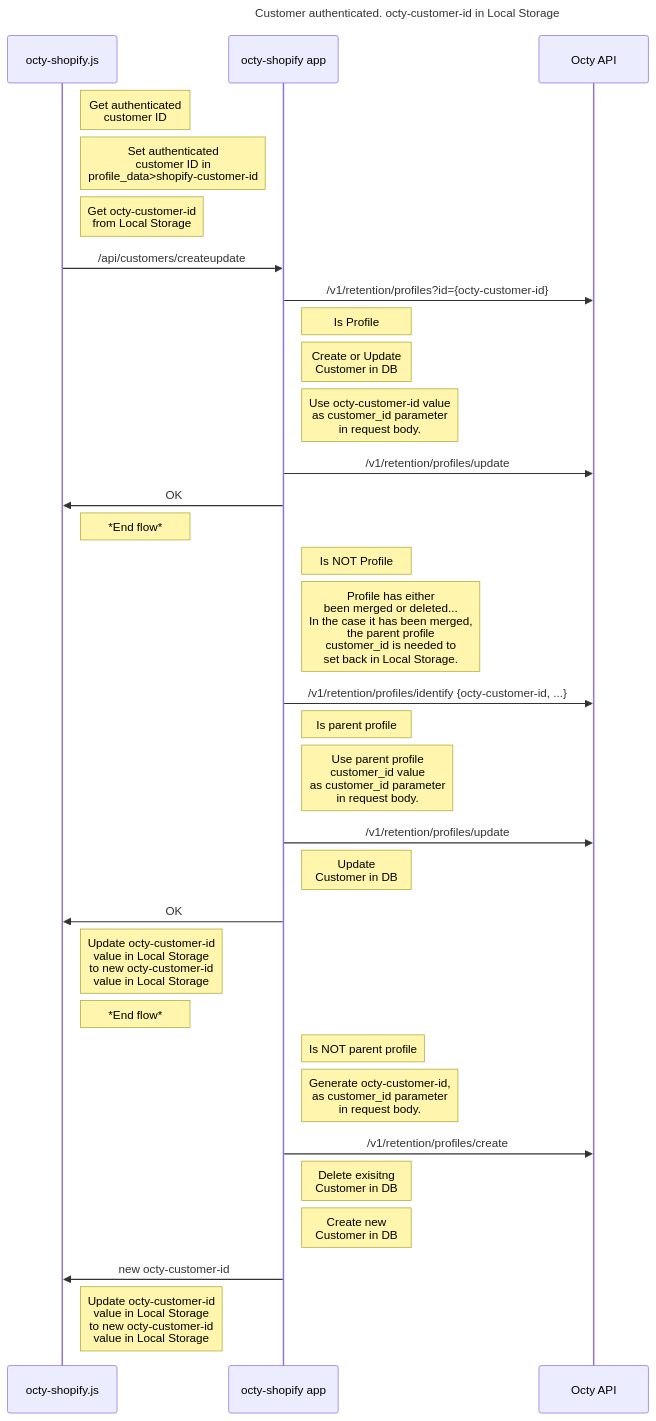
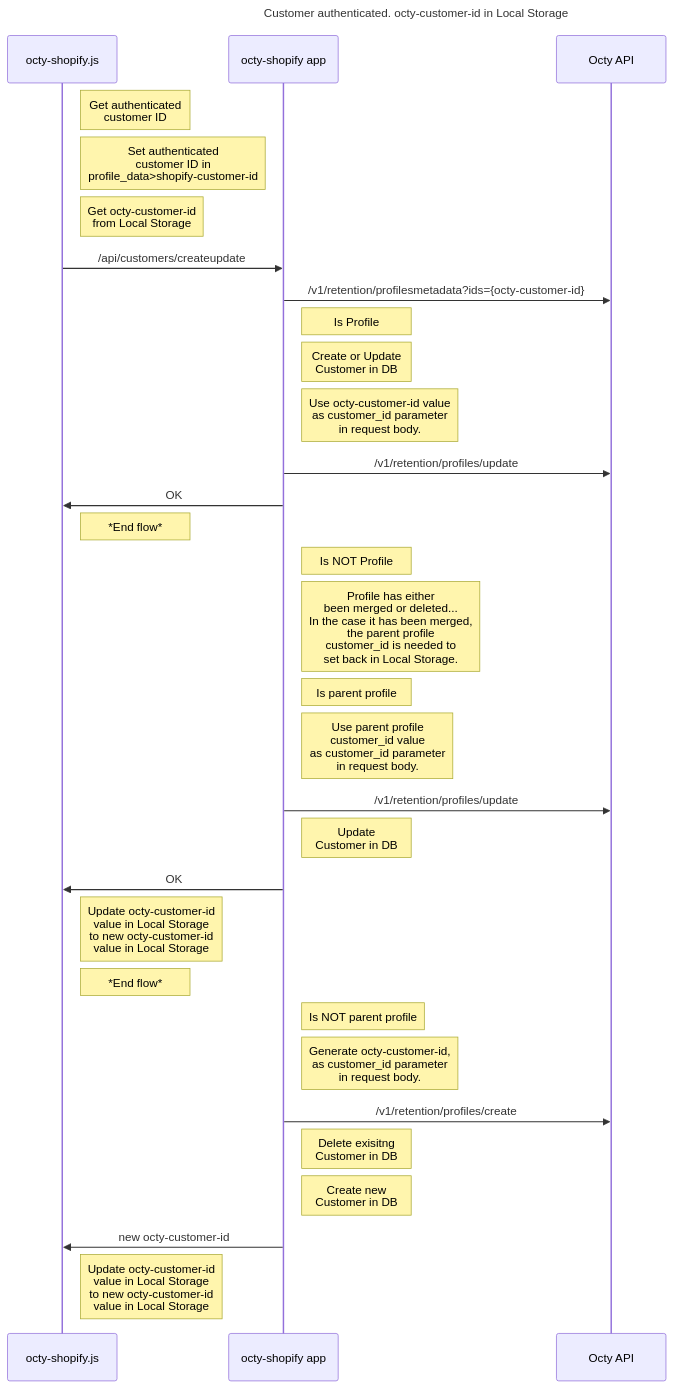
Before and after one commit to Octy-ai/octy-shopify: the fourth of 10 diagrams in README.md, drawn with Mermaid. The commit also changed other lines of this file and 6 other files, not shown here.

First line of the commit message:
Updated anonymous session tracking flow.

````diff
--- a/README.md
+++ b/README.md
@@ -402,32 +401,31 @@
 ```mermaid
 sequenceDiagram
 Title: Customer authenticated. octy-customer-id in Local Storage
 note right of octy-shopify.js: Get authenticated <br/>customer ID
 note right of octy-shopify.js: Set authenticated <br/>customer ID in<br/> profile_data>shopify-customer-id
 note right of octy-shopify.js: Get octy-customer-id <br/>from Local Storage
 octy-shopify.js ->> octy-shopify app: /api/customers/createupdate
-octy-shopify app ->> Octy API: /v1/retention/profiles?id={octy-customer-id}
+octy-shopify app ->> Octy API: /v1/retention/profilesmetadata?ids={octy-customer-id}
 note right of octy-shopify app: Is Profile
 note right of octy-shopify app: Create or Update <br/>Customer in DB
 note right of octy-shopify app: Use octy-customer-id value<br/>  as customer_id parameter<br/>in request body.
 octy-shopify app ->> Octy API: /v1/retention/profiles/update
 octy-shopify app ->> octy-shopify.js: OK
 note right of octy-shopify.js: *End flow*
 note right of octy-shopify app: Is NOT Profile
 note right of octy-shopify app: Profile has either <br/>been merged or deleted...<br/> In the case it has been merged,<br/> the parent profile <br/> customer_id is needed to <br/>set back in Local Storage.
-octy-shopify app ->> Octy API: /v1/retention/profiles/identify {octy-customer-id, ...}
 note right of octy-shopify app: Is parent profile
 note right of octy-shopify app: Use parent profile <br/>customer_id value<br/>  as customer_id parameter<br/>in request body.
 octy-shopify app ->> Octy API: /v1/retention/profiles/update
 note right of octy-shopify app: Update <br/>Customer in DB
 octy-shopify app ->> octy-shopify.js: OK
 note right of octy-shopify.js: Update octy-customer-id <br/>value in Local Storage <br/> to new octy-customer-id <br/>value in Local Storage
 note right of octy-shopify.js: *End flow*
 note right of octy-shopify app: Is NOT parent profile
 note right of octy-shopify app: Generate octy-customer-id, <br/>as customer_id parameter<br/>in request body.
 octy-shopify app ->> Octy API: /v1/retention/profiles/create
 note right of octy-shopify app: Delete exisitng <br/>Customer in DB
 note right of octy-shopify app: Create new <br/>Customer in DB
 octy-shopify app ->> octy-shopify.js: new octy-customer-id
 note right of octy-shopify.js: Update octy-customer-id <br/>value in Local Storage <br/> to new octy-customer-id <br/>value in Local Storage
 ```
````
